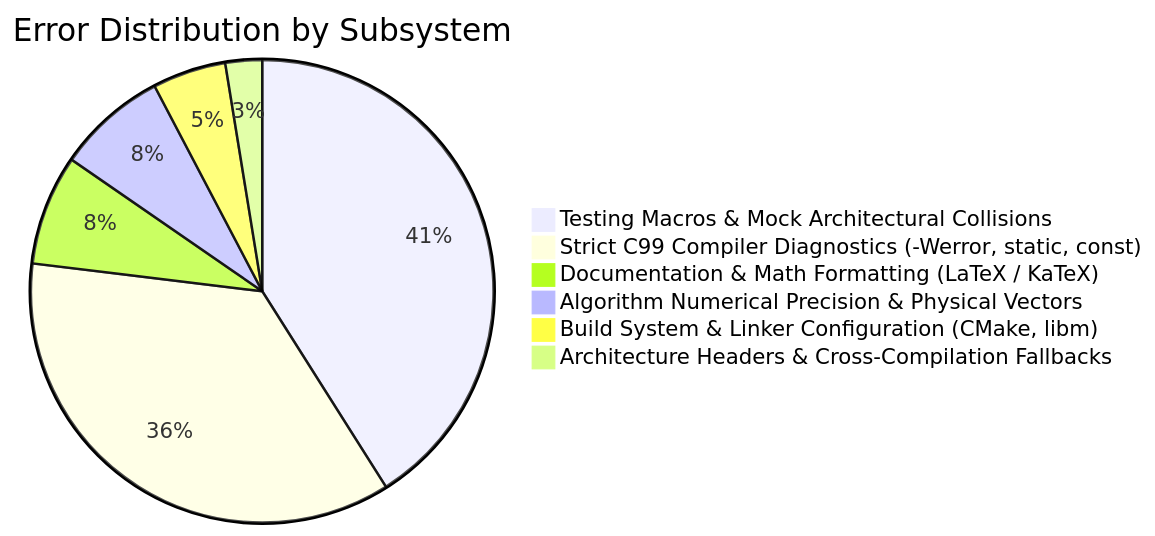
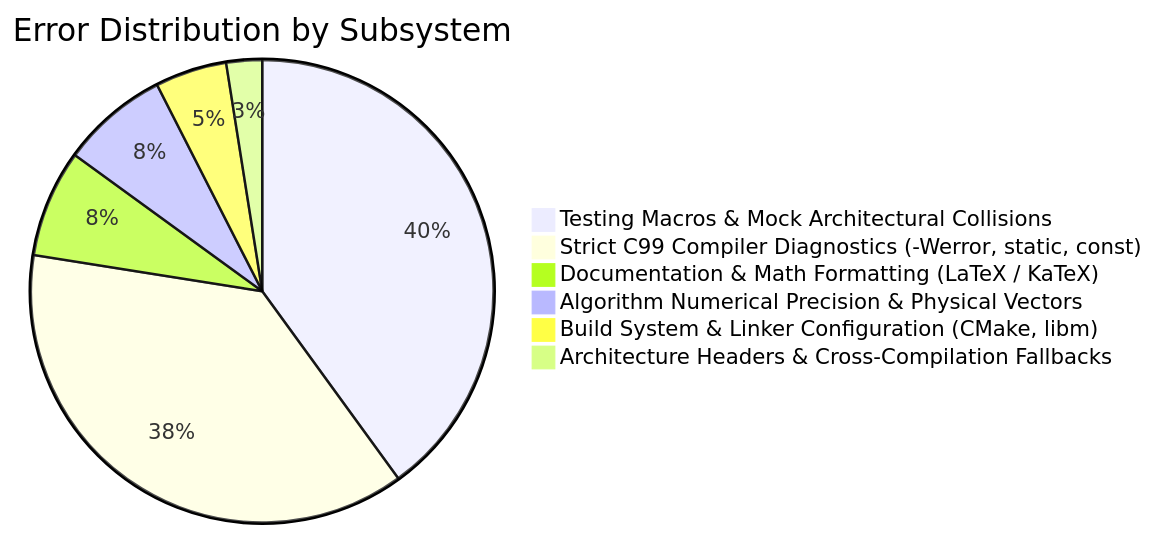
Before and after one commit to Thejus26/rain-predict: the diagram in context/errors/README.md, drawn with Mermaid. The commit also changed other lines of this file and 2 other files, not shown here.

Commit message:
fix(lorawan): resolve ERR-040 missing static prototypes in test_lorawan_tx_queue

````diff
--- a/context/errors/README.md
+++ b/context/errors/README.md
@@ -55,9 +56,9 @@
 ```mermaid
 pie title Error Distribution by Subsystem
     "Testing Macros & Mock Architectural Collisions" : 16
-    "Strict C99 Compiler Diagnostics (-Werror, static, const)" : 14
+    "Strict C99 Compiler Diagnostics (-Werror, static, const)" : 15
     "Documentation & Math Formatting (LaTeX / KaTeX)" : 3
     "Algorithm Numerical Precision & Physical Vectors" : 3
     "Build System & Linker Configuration (CMake, libm)" : 2
     "Architecture Headers & Cross-Compilation Fallbacks" : 1
 ```
````
